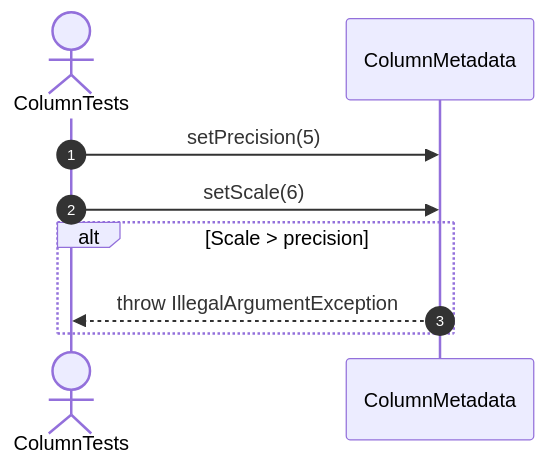
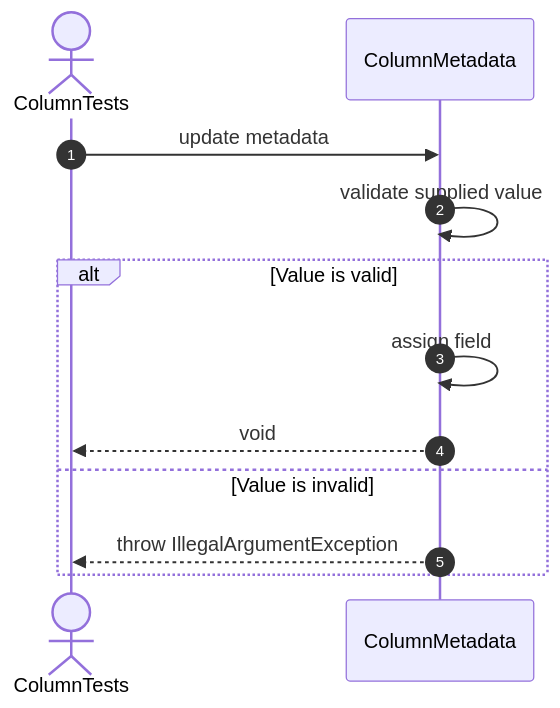
Diagram 17 of 55 in src/tests/unit/metadata/sequences/columns-testing.se.md (FhuAnn/-bbv-AN-s-DBMS), drawn with Mermaid before and after one commit. The commit also changed other lines of this file and 9 other files, not shown here.

````diff
--- a/src/tests/unit/metadata/sequences/columns-testing.se.md
+++ b/src/tests/unit/metadata/sequences/columns-testing.se.md
@@ -233,13 +287,15 @@
 ```mermaid
 sequenceDiagram
     autonumber
     actor Test as ColumnTests
     participant Column as ColumnMetadata
 
-    Test->>Column: setPrecision(5)
-    Test->>Column: setScale(6)
-
-    alt Scale > precision
-        Column-->>Test: throw IllegalArgumentException
+    Test->>Column: update metadata
+    Column->>Column: validate supplied value
+    alt Value is valid
+    Column->>Column: assign field
+    Column-->>Test: void
+    else Value is invalid
+    Column-->>Test: throw IllegalArgumentException
     end
 ```
````
